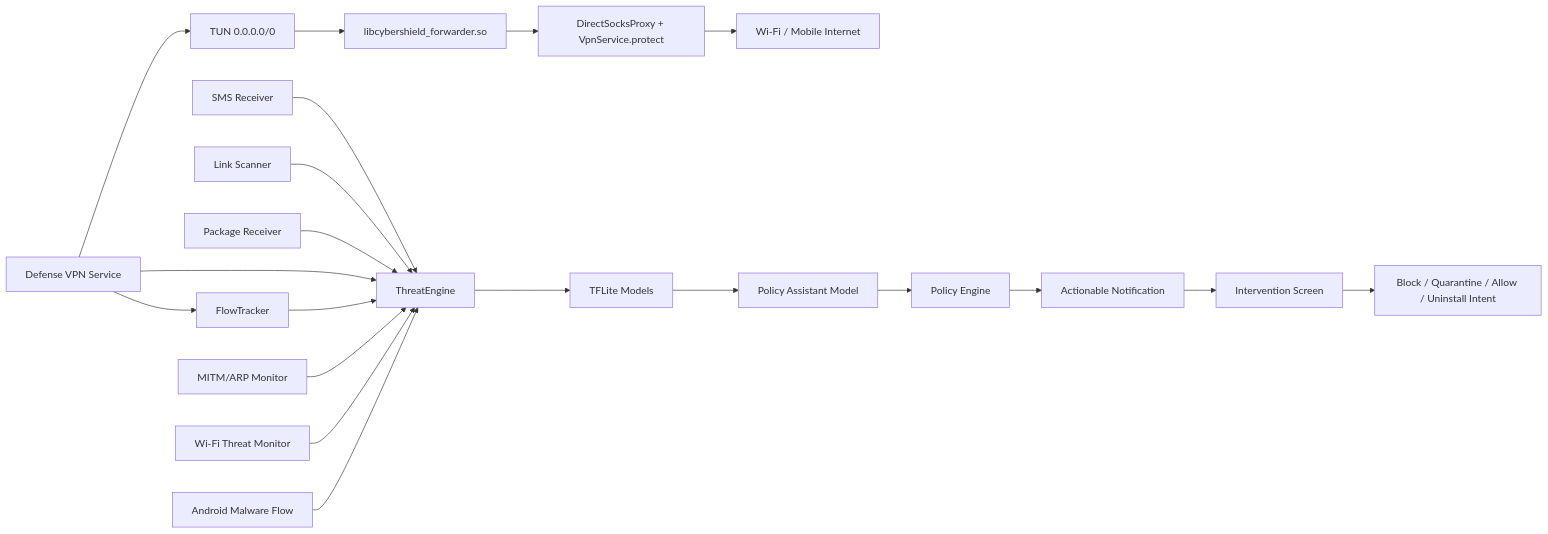
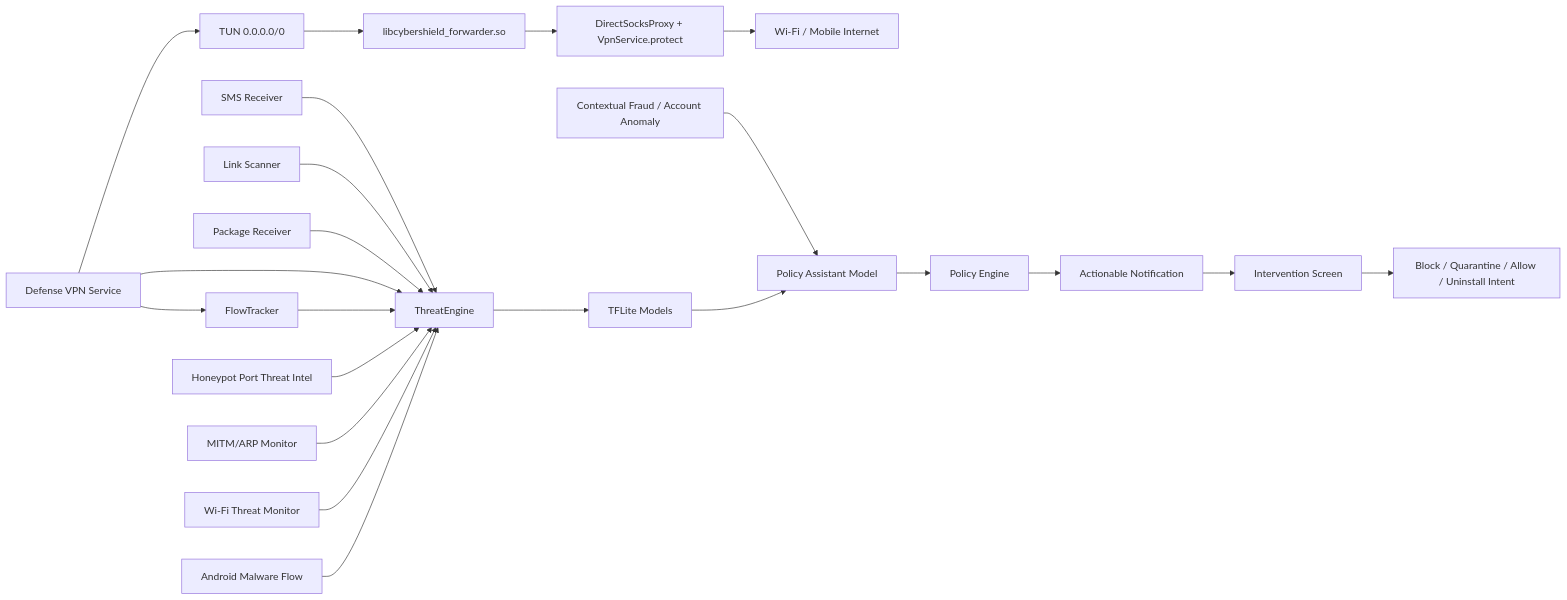
Before and after one commit to chefvolkan53-ctrl/CyberShieldAndroid: the diagram in README.md, drawn with Mermaid. The commit also changed other lines of this file and 34 other files, not shown here.

````diff
--- a/README.md
+++ b/README.md
@@ -76,22 +83,24 @@
 ```mermaid
 flowchart LR
     SMS[SMS Receiver] --> Engine[ThreatEngine]
     URL[Link Scanner] --> Engine
     APK[Package Receiver] --> Engine
     VPN[Defense VPN Service] --> TUN[TUN 0.0.0.0/0]
     TUN --> Native[libcybershield_forwarder.so]
     Native --> SOCKS[DirectSocksProxy + VpnService.protect]
     SOCKS --> NET[Wi-Fi / Mobile Internet]
     VPN --> Flow[FlowTracker]
     VPN --> Engine
     Flow --> Engine
+    HONEY[Honeypot Port Threat Intel] --> Engine
+    CTX[Contextual Fraud / Account Anomaly] --> Assistant
     ARP[MITM/ARP Monitor] --> Engine
     WIFI[Wi-Fi Threat Monitor] --> Engine
     AndroidFlow[Android Malware Flow] --> Engine
     Engine --> TFLite[TFLite Models]
     TFLite --> Assistant[Policy Assistant Model]
     Assistant --> Policy[Policy Engine]
     Policy --> Notify[Actionable Notification]
     Notify --> Intervention[Intervention Screen]
     Intervention --> Block[Block / Quarantine / Allow / Uninstall Intent]
 ```
````
